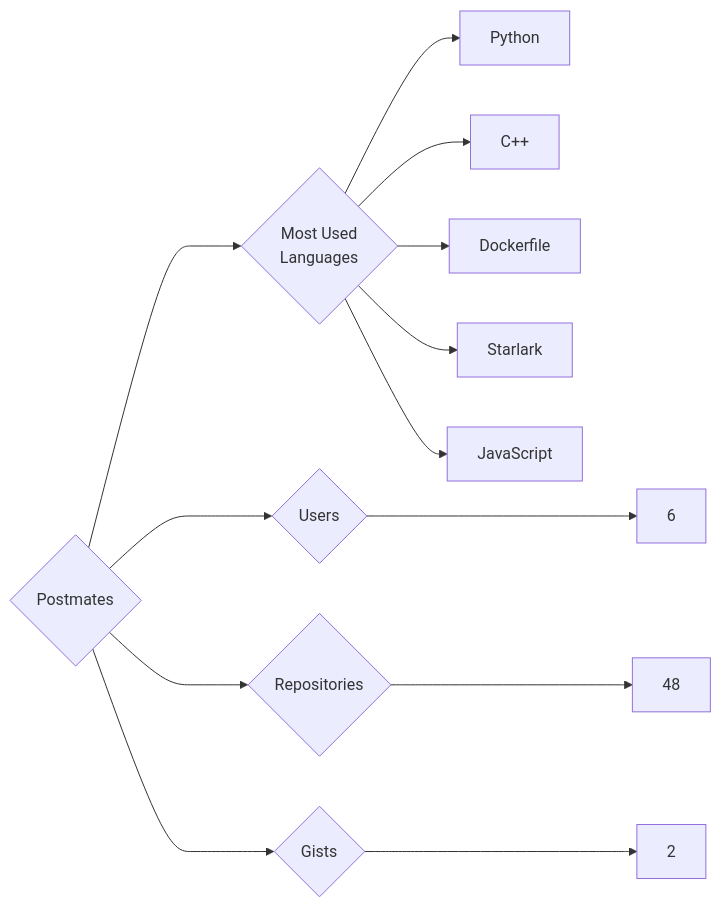
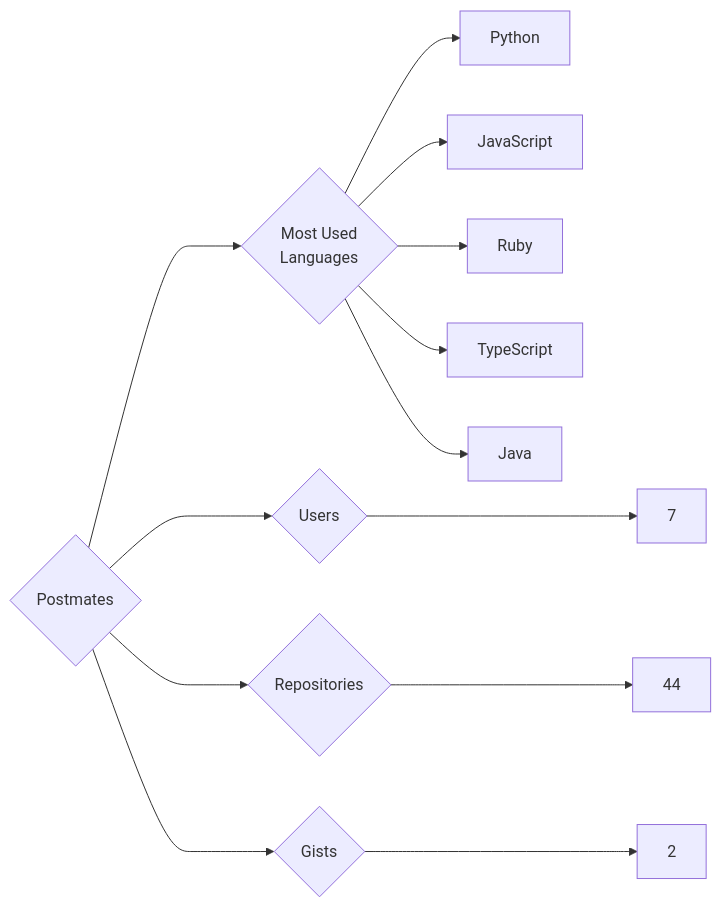
Before and after one commit to trickest/insiders: the diagram in targets/Postmates/README.md, drawn with Mermaid. The commit also changed 823 other files, not shown here.

````diff
--- a/targets/Postmates/README.md
+++ b/targets/Postmates/README.md
@@ -3,13 +3,13 @@
 ```mermaid
 graph LR
 COMPANY_NAME{Postmates}
-COMPANY_NAME ---> U{Users} ---> UN[6]
-COMPANY_NAME ---> R{Repositories} ---> RN[48]
+COMPANY_NAME ---> U{Users} ---> UN[7]
+COMPANY_NAME ---> R{Repositories} ---> RN[44]
 COMPANY_NAME ---> G{Gists} ---> GN[2]
 COMPANY_NAME ---> ML{Most Used<br>Languages}
 ML --> Python[Python]
-ML --> C++[C++]
-ML --> Dockerfile[Dockerfile]
-ML --> Starlark[Starlark]
 ML --> JavaScript[JavaScript]
+ML --> Ruby[Ruby]
+ML --> TypeScript[TypeScript]
+ML --> Java[Java]
 ```
````
